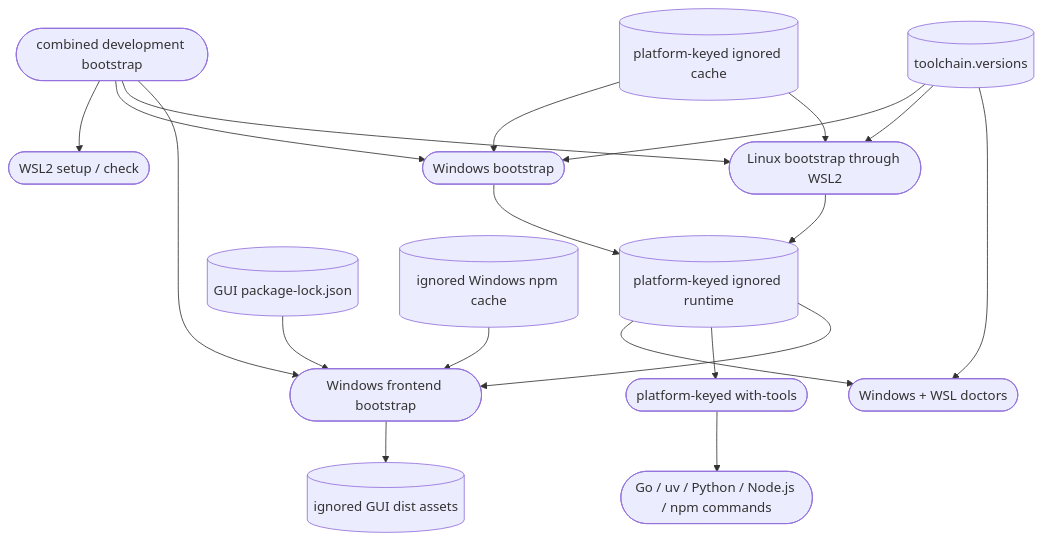
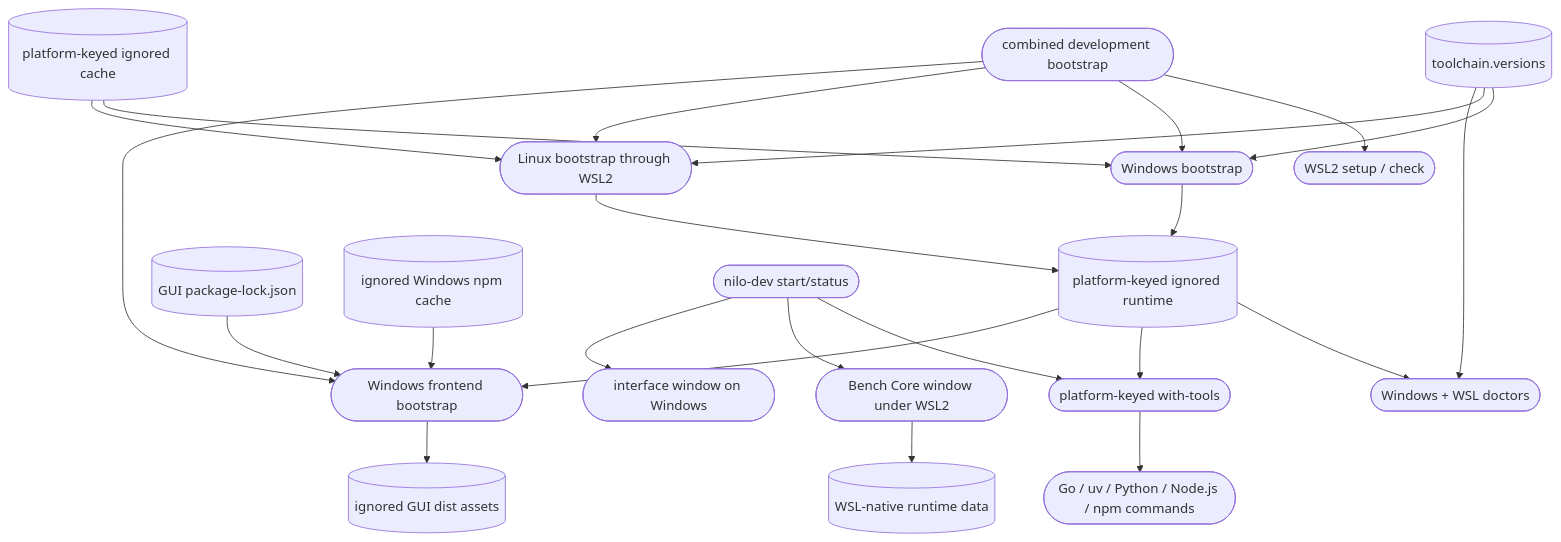
Before and after one commit to DDP-Engineering/2026_Networked_Intelligent_Lab_Orchestrator: the diagram in .agentic/knowledge/repository-toolchain.md, drawn with Mermaid. The commit also changed other lines of this file and 22 other files, not shown here.

First line of the commit message:
feat: add one-command Windows development start

````diff
--- a/.agentic/knowledge/repository-toolchain.md
+++ b/.agentic/knowledge/repository-toolchain.md
@@ -41,35 +62,43 @@
 ```mermaid
 flowchart TD
     manifest[("toolchain.versions")]
     win_bootstrap(["Windows bootstrap"])
     linux_bootstrap(["Linux bootstrap through WSL2"])
     wsl_setup(["WSL2 setup / check"])
     combined(["combined development bootstrap"])
     cache[("platform-keyed ignored cache")]
     runtime[("platform-keyed ignored runtime")]
     frontend_bootstrap(["Windows frontend bootstrap"])
     gui_lock[("GUI package-lock.json")]
     npm_cache[("ignored Windows npm cache")]
     static_assets[("ignored GUI dist assets")]
     wrapper(["platform-keyed with-tools"])
     doctor(["Windows + WSL doctors"])
     commands(["Go / uv / Python / Node.js / npm commands"])
     combined --> wsl_setup
     combined --> win_bootstrap
     combined --> linux_bootstrap
     combined --> frontend_bootstrap
     manifest --> win_bootstrap
     manifest --> linux_bootstrap
     cache --> win_bootstrap
     cache --> linux_bootstrap
     win_bootstrap --> runtime
     linux_bootstrap --> runtime
     manifest --> doctor
     runtime --> doctor
     runtime --> wrapper
     wrapper --> commands
     runtime --> frontend_bootstrap
     gui_lock --> frontend_bootstrap
     npm_cache --> frontend_bootstrap
     frontend_bootstrap --> static_assets
+    lifecycle(["nilo-dev start/status"])
+    backend_window(["Bench Core window under WSL2"])
+    frontend_window(["interface window on Windows"])
+    wsl_data[("WSL-native runtime data")]
+    lifecycle --> wrapper
+    lifecycle --> backend_window
+    lifecycle --> frontend_window
+    backend_window --> wsl_data
 ```
````
